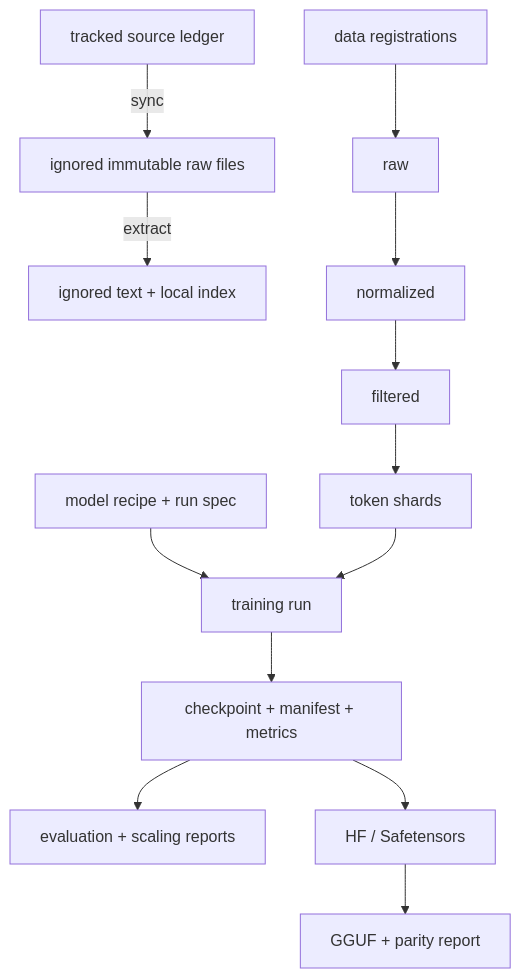
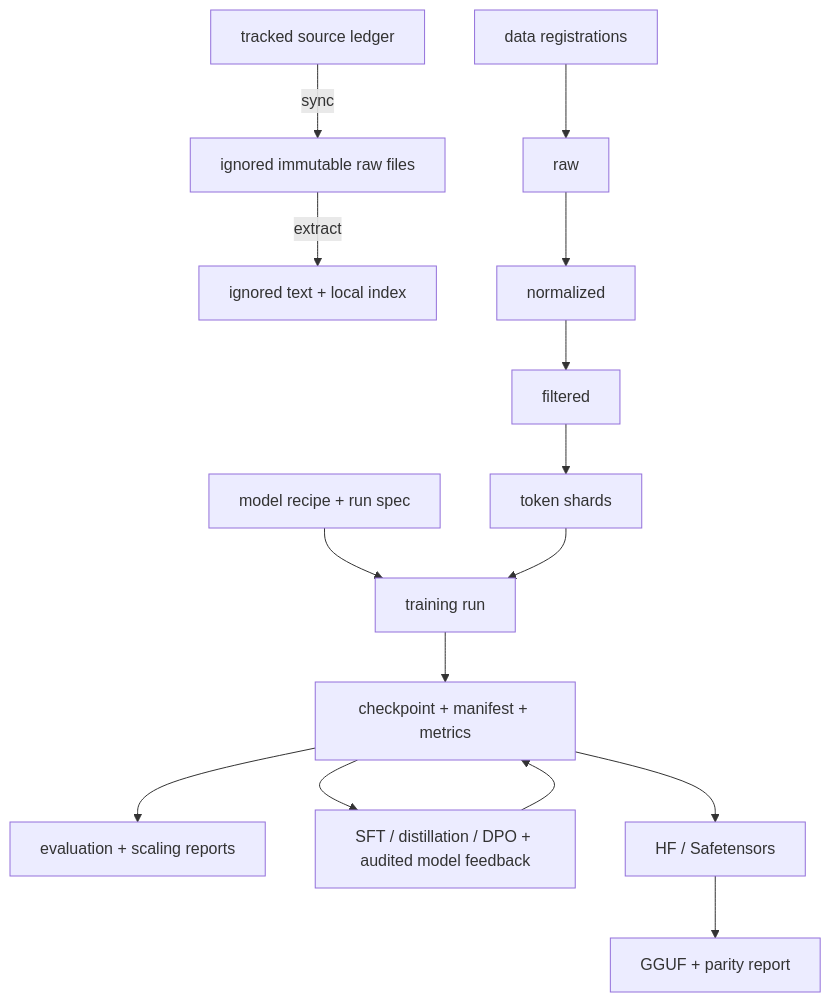
One commit to en1y/EPOR-ai changed the diagram in docs/ARCHITECTURE.md. Above: the diagram before and after it, drawn with Mermaid. The commit also changed other lines of this file and 13 other files, not shown here.

````diff
--- a/docs/ARCHITECTURE.md
+++ b/docs/ARCHITECTURE.md
@@ -48,15 +48,17 @@
 ```mermaid
 flowchart TD
     ledger["tracked source ledger"] -->|sync| raw["ignored immutable raw files"]
     raw -->|extract| extracted["ignored text + local index"]
     registrations["data registrations"] --> source["raw"]
     source --> normalized["normalized"]
     normalized --> filtered["filtered"]
     filtered --> shards["token shards"]
     recipe["model recipe + run spec"] --> run["training run"]
     shards --> run
     run --> outputs["checkpoint + manifest + metrics"]
     outputs --> evaluation["evaluation + scaling reports"]
+    outputs --> alignment["SFT / distillation / DPO + audited model feedback"]
+    alignment --> outputs
     outputs --> export["HF / Safetensors"]
     export --> quantized["GGUF + parity report"]
 ```
````
